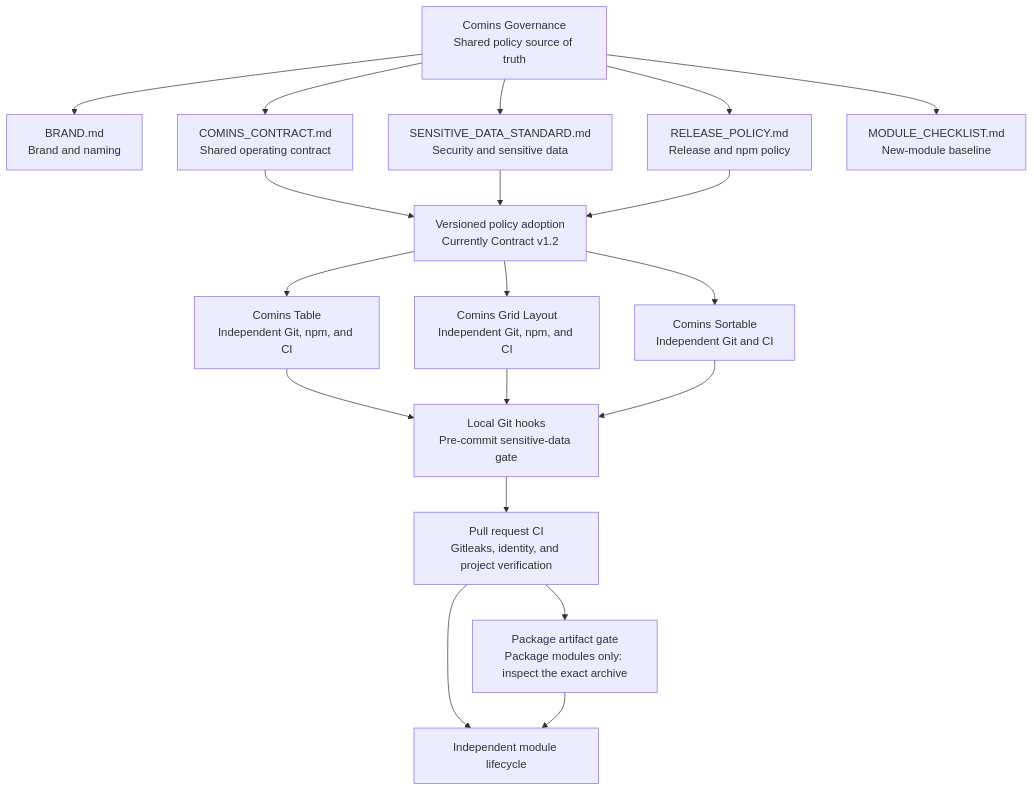
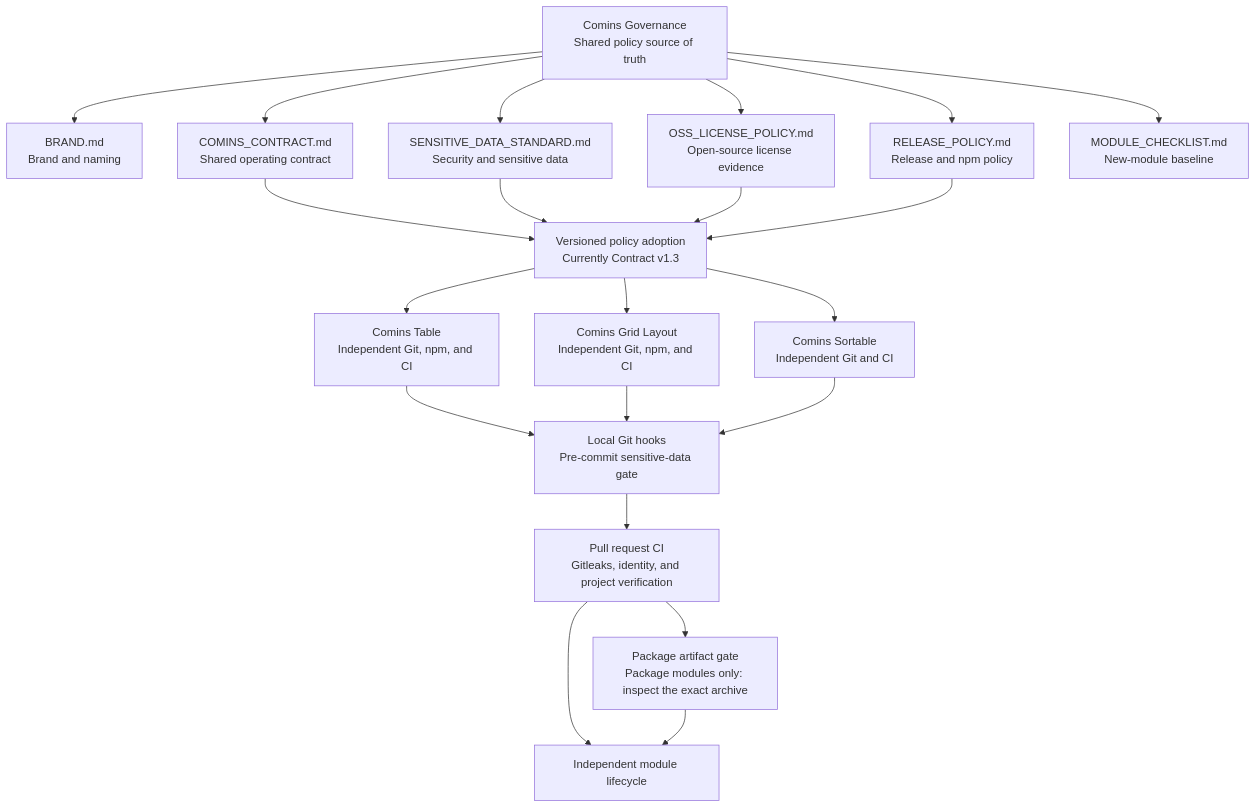
Before and after one commit to kim1124/comins-governance: the diagram in README.md, drawn with Mermaid. The commit also changed other lines of this file and 14 other files, not shown here.

````diff
--- a/README.md
+++ b/README.md
@@ -23,25 +25,27 @@
 ```mermaid
 flowchart TD
     A["Comins Governance<br/>Shared policy source of truth"] --> B["BRAND.md<br/>Brand and naming"]
     A --> C["COMINS_CONTRACT.md<br/>Shared operating contract"]
     A --> D["SENSITIVE_DATA_STANDARD.md<br/>Security and sensitive data"]
+    A --> L["OSS_LICENSE_POLICY.md<br/>Open-source license evidence"]
     A --> E["RELEASE_POLICY.md<br/>Release and npm policy"]
     A --> F["MODULE_CHECKLIST.md<br/>New-module baseline"]
 
-    C --> R["Versioned policy adoption<br/>Currently Contract v1.2"]
+    C --> R["Versioned policy adoption<br/>Currently Contract v1.3"]
     D --> R
+    L --> R
     E --> R
 
     R --> T["Comins Table<br/>Independent Git, npm, and CI"]
     R --> G["Comins Grid Layout<br/>Independent Git, npm, and CI"]
     R --> S["Comins Sortable<br/>Independent Git and CI"]
 
     T --> H["Local Git hooks<br/>Pre-commit sensitive-data gate"]
     G --> H
     S --> H
 
     H --> I["Pull request CI<br/>Gitleaks, identity, and project verification"]
     I --> J["Package artifact gate<br/>Package modules only: inspect the exact archive"]
     I --> K["Independent module lifecycle"]
     J --> K
 ```
````
